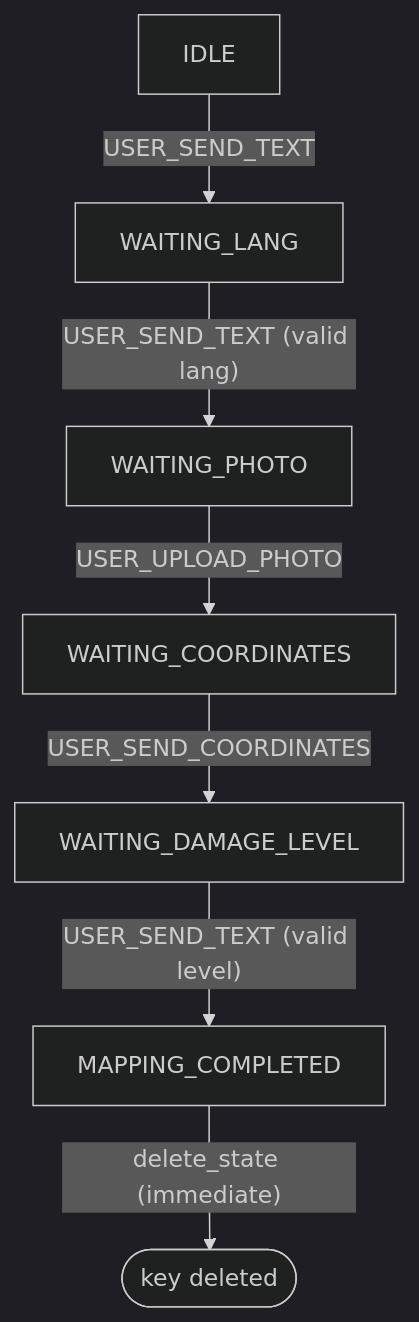
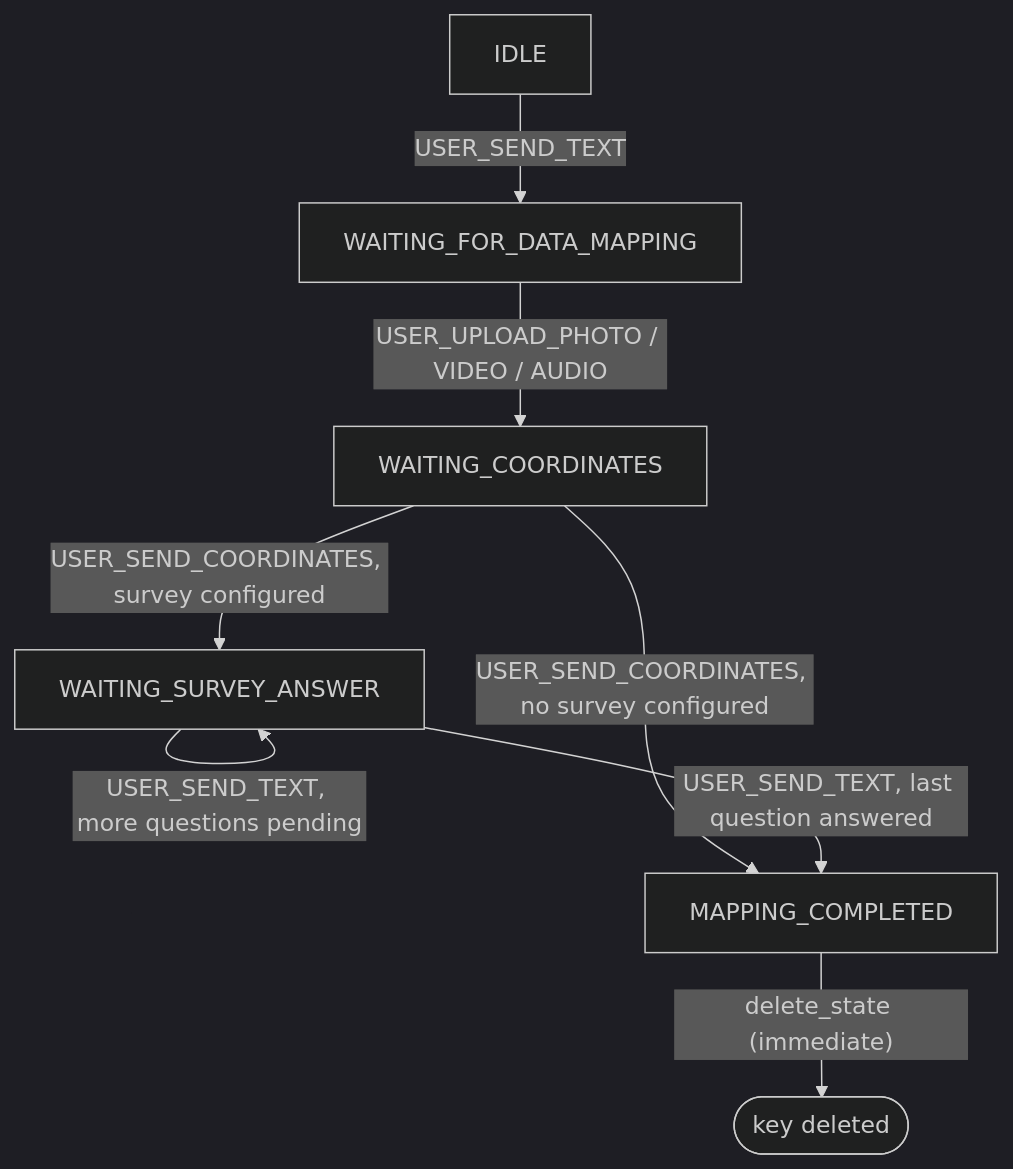
One commit to hotosm/chatmap changed the diagram in docs/how-it-works/first_time_mapping_flow.md. Above: the diagram before and after it, drawn with Mermaid (dark theme). The commit also changed other lines of this file and 6 other files, not shown here.

````diff
--- a/docs/how-it-works/first_time_mapping_flow.md
+++ b/docs/how-it-works/first_time_mapping_flow.md
@@ -14,9 +15,10 @@
 ```mermaid
 flowchart TD
-    IDLE --> |"USER_SEND_TEXT"| WAITING_LANG
-    WAITING_LANG --> |"USER_SEND_TEXT (valid lang)"| WAITING_PHOTO
-    WAITING_PHOTO --> |"USER_UPLOAD_PHOTO"| WAITING_COORDINATES
-    WAITING_COORDINATES --> |"USER_SEND_COORDINATES"| WAITING_DAMAGE_LEVEL
-    WAITING_DAMAGE_LEVEL --> |"USER_SEND_TEXT (valid level)"| MAPPING_COMPLETED
+    IDLE --> |"USER_SEND_TEXT"| WAITING_FOR_DATA_MAPPING
+    WAITING_FOR_DATA_MAPPING --> |"USER_UPLOAD_PHOTO / VIDEO / AUDIO"| WAITING_COORDINATES
+    WAITING_COORDINATES --> |"USER_SEND_COORDINATES, survey configured"| WAITING_SURVEY_ANSWER
+    WAITING_COORDINATES --> |"USER_SEND_COORDINATES, no survey configured"| MAPPING_COMPLETED
+    WAITING_SURVEY_ANSWER --> |"USER_SEND_TEXT, more questions pending"| WAITING_SURVEY_ANSWER
+    WAITING_SURVEY_ANSWER --> |"USER_SEND_TEXT, last question answered"| MAPPING_COMPLETED
     MAPPING_COMPLETED --> |"delete_state (immediate)"| GONE(["key deleted"])
 ```
````
